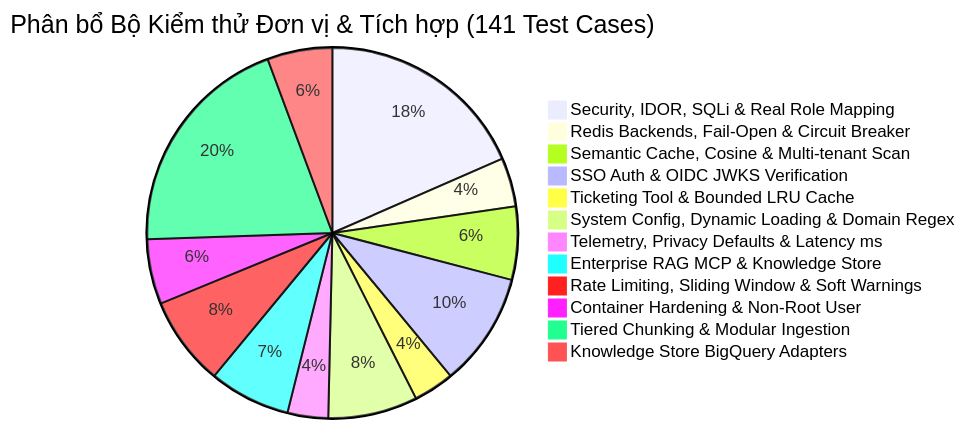
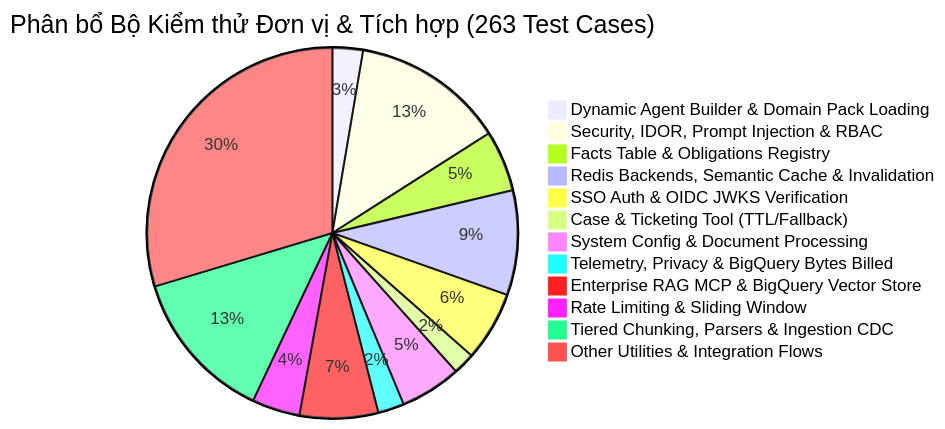
One commit to TrongDucLuu/enterprise-multi-agent-platform changed the third of 3 diagrams in Technical_Specification.md. Above: the diagram before and after it, drawn with Mermaid. The commit also changed other lines of this file and 1 other file, not shown here.

````diff
--- a/Technical_Specification.md
+++ b/Technical_Specification.md
@@ -658,15 +259,15 @@
 ```mermaid
-pie title Phân bổ Bộ Kiểm thử Đơn vị & Tích hợp (141 Test Cases)
-    "Security, IDOR, SQLi & Real Role Mapping" : 26
-    "Redis Backends, Fail-Open & Circuit Breaker" : 6
-    "Semantic Cache, Cosine & Multi-tenant Scan" : 9
-    "SSO Auth & OIDC JWKS Verification" : 14
-    "Ticketing Tool & Bounded LRU Cache" : 5
-    "System Config, Dynamic Loading & Domain Regex" : 11
-    "Telemetry, Privacy Defaults & Latency ms" : 5
-    "Enterprise RAG MCP & Knowledge Store" : 10
-    "Rate Limiting, Sliding Window & Soft Warnings" : 11
-    "Container Hardening & Non-Root User" : 8
-    "Tiered Chunking & Modular Ingestion" : 28
-    "Knowledge Store BigQuery Adapters" : 8
+pie title Phân bổ Bộ Kiểm thử Đơn vị & Tích hợp (263 Test Cases)
+    "Dynamic Agent Builder & Domain Pack Loading" : 7
+    "Security, IDOR, Prompt Injection & RBAC" : 35
+    "Facts Table & Obligations Registry" : 14
+    "Redis Backends, Semantic Cache & Invalidation" : 24
+    "SSO Auth & OIDC JWKS Verification" : 16
+    "Case & Ticketing Tool (TTL/Fallback)" : 5
+    "System Config & Document Processing" : 14
+    "Telemetry, Privacy & BigQuery Bytes Billed" : 6
+    "Enterprise RAG MCP & BigQuery Vector Store" : 18
+    "Rate Limiting & Sliding Window" : 11
+    "Tiered Chunking, Parsers & Ingestion CDC" : 35
+    "Other Utilities & Integration Flows" : 78
 ```
````
